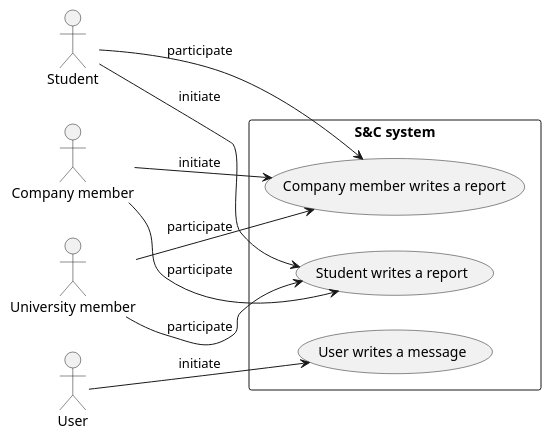
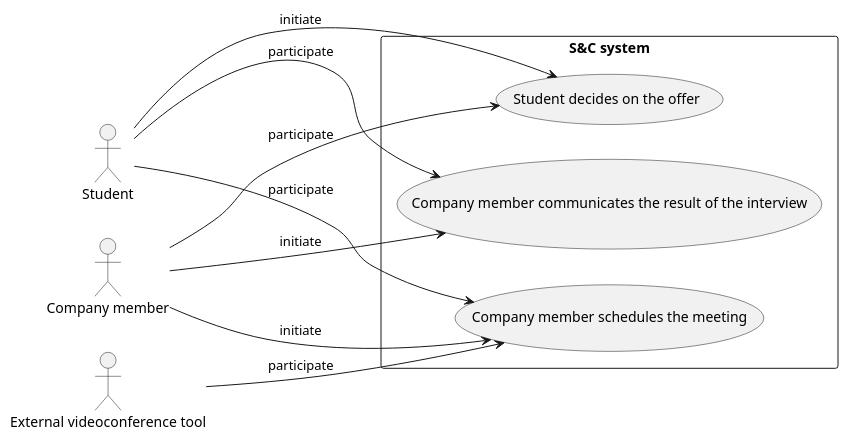
The diagram in RASD/Specific_requirements/uml_diagrams/use_cases_diagram5.puml (matti8702/R_and_DD_project_SE2), drawn with PlantUML before and after one commit. The commit also changed 6 other files, not shown here.

Commit message:
refactor: improve readability of use case diagrams

```diff
--- a/RASD/Specific_requirements/uml_diagrams/use_cases_diagram5.puml
+++ b/RASD/Specific_requirements/uml_diagrams/use_cases_diagram5.puml
@@ -1,26 +1,25 @@
 @startuml use_cases_diagram5
 left to right direction
 
-together{
+together {
     actor :Student: as ST
     actor :Company member: as CM
-    actor :University member: as UM
-    actor :User: as U
+    actor :External videoconference tool: as EVT
 }
 
-rectangle "S&C system"{
-    usecase (User writes a message) as UC23
-    usecase (Student writes a report) as UC24
-    usecase (Company member writes a report) as UC25
+rectangle "S&C system" {
+    usecase (Company member schedules the meeting) as UC20
+    usecase (Company member communicates the result of the interview) as UC21
+    usecase (Student decides on the offer) as UC22
 }
 
-U --> UC23 : initiate
+CM  --> UC20 : initiate
+ST  --> UC20 : participate
+EVT --> UC20 : participate
 
-ST --> UC24: initiate
-CM --> UC24: participate
-UM --> UC24 : participate
+CM -> UC21 : initiate
+ST --> UC21 : participate
 
-ST -> UC25 : participate
-CM --> UC25: initiate
-UM --> UC25: participate
+ST ---> UC22 : initiate
+CM ---> UC22 : participate
 @enduml
```
